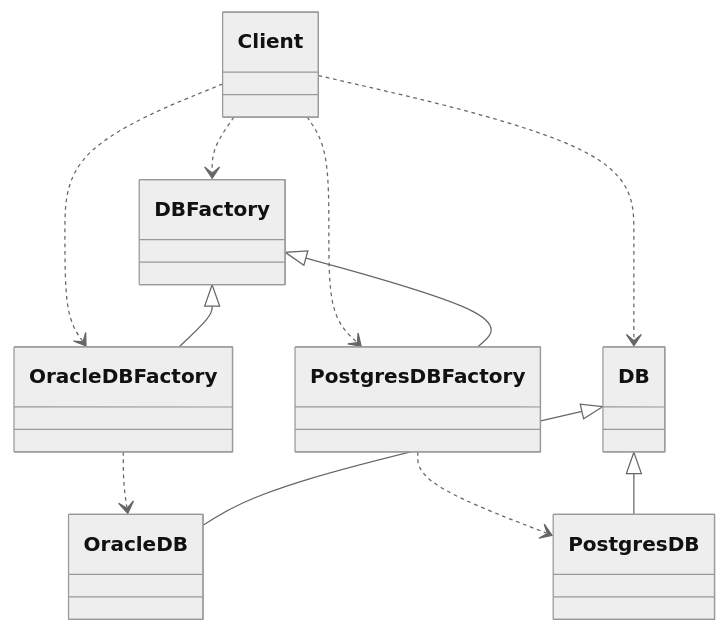
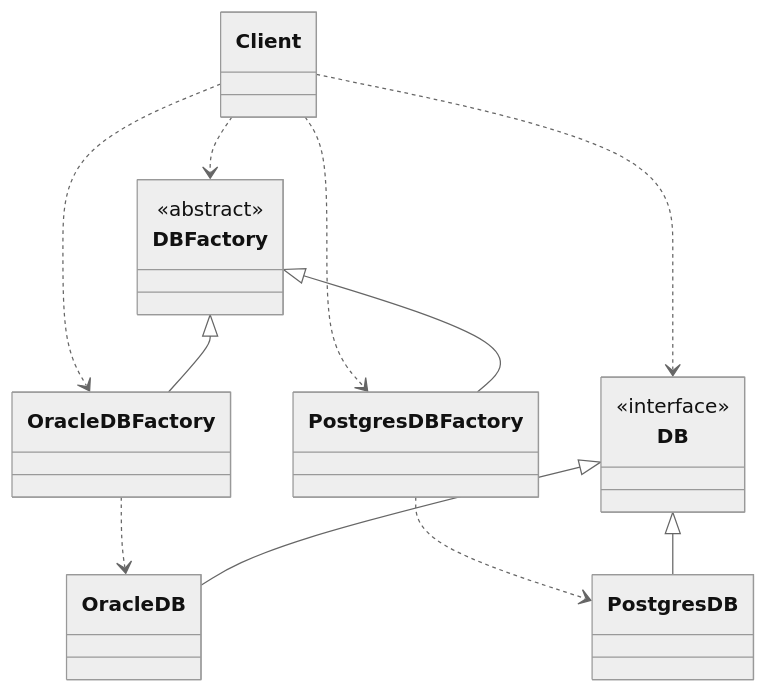
One commit to bcmes/design-patterns changed the fourth of 4 diagrams in README.md. Above: the diagram before and after it, drawn with Mermaid (neutral theme). The commit also changed other lines of this file, not shown here.

````diff
--- a/README.md
+++ b/README.md
@@ -98,13 +107,19 @@
 ```mermaid
 classDiagram
 Client ..> DBFactory
 Client ..> OracleDBFactory
 Client ..> PostgresDBFactory
 Client ..> DB
 DBFactory <|-- OracleDBFactory
 DBFactory <|-- PostgresDBFactory
 OracleDBFactory ..> OracleDB
 PostgresDBFactory ..> PostgresDB
 DB <|-- OracleDB
 DB <|-- PostgresDB
+class DB{
+<<interface>>
+}
+class DBFactory{
+<<abstract>>
+}
 ```
````
